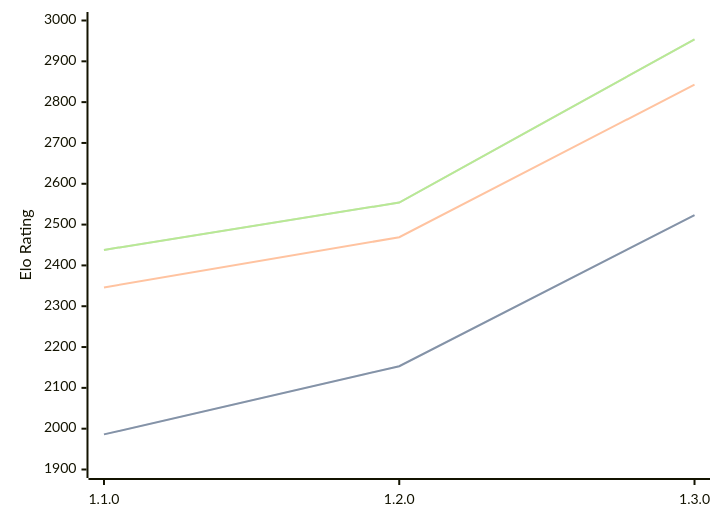
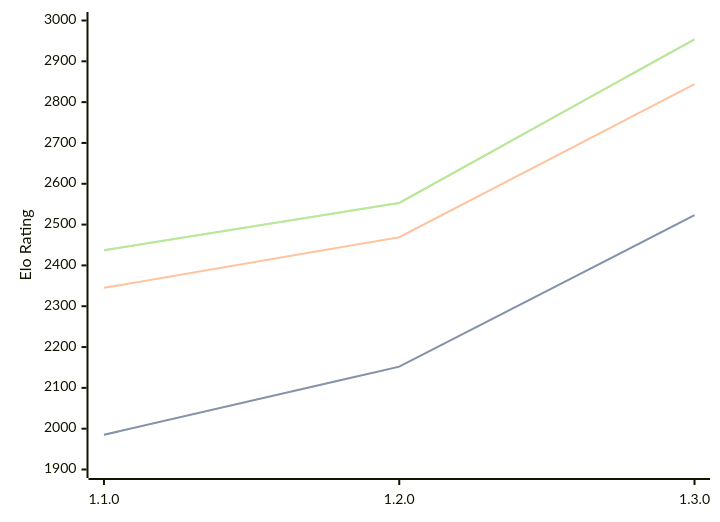
Before and after one commit to computer-chess-index/cci: the diagram in engines/Gyatso.md, drawn with Mermaid. The commit also changed other lines of this file, not shown here.

Commit message:
Update CCI Ratings (ELO VLTC) - 2026-04-06

````diff
--- a/engines/Gyatso.md
+++ b/engines/Gyatso.md
@@ -34,11 +34,11 @@
 ```mermaid
 %%{init: {"theme":"base","themeVariables":{"seriesColors:['#a3a3a3','#222221','#faa371']}}}%%
 xychart-beta
   x-axis ["1.1.0", "1.2.0", "1.3.0"]
   y-axis "Elo Rating" 1900 --> 3000
-  line "STC (8.0+0.08s)" [1986, 2153, 2523]
-  line "STC (8.0+0.08s)" [1986, 2153, 2523]
-  line "LTC (60.0+0.60s)" [2346, 2469, 2843]
-  line "VLTC (2m24s+1.12s)" [2438, 2554, 2954]
-  line "VLTC (2m24s+1.12s)" [2438, 2554, 2954]
+  line "STC (8.0+0.08s)" [1985, 2152, 2523]
+  line "STC (8.0+0.08s)" [1985, 2152, 2523]
+  line "LTC (60.0+0.60s)" [2345, 2469, 2844]
+  line "VLTC (2m24s+1.12s)" [2437, 2553, 2954]
+  line "VLTC (2m24s+1.12s)" [2437, 2553, 2954]
 ```
````
